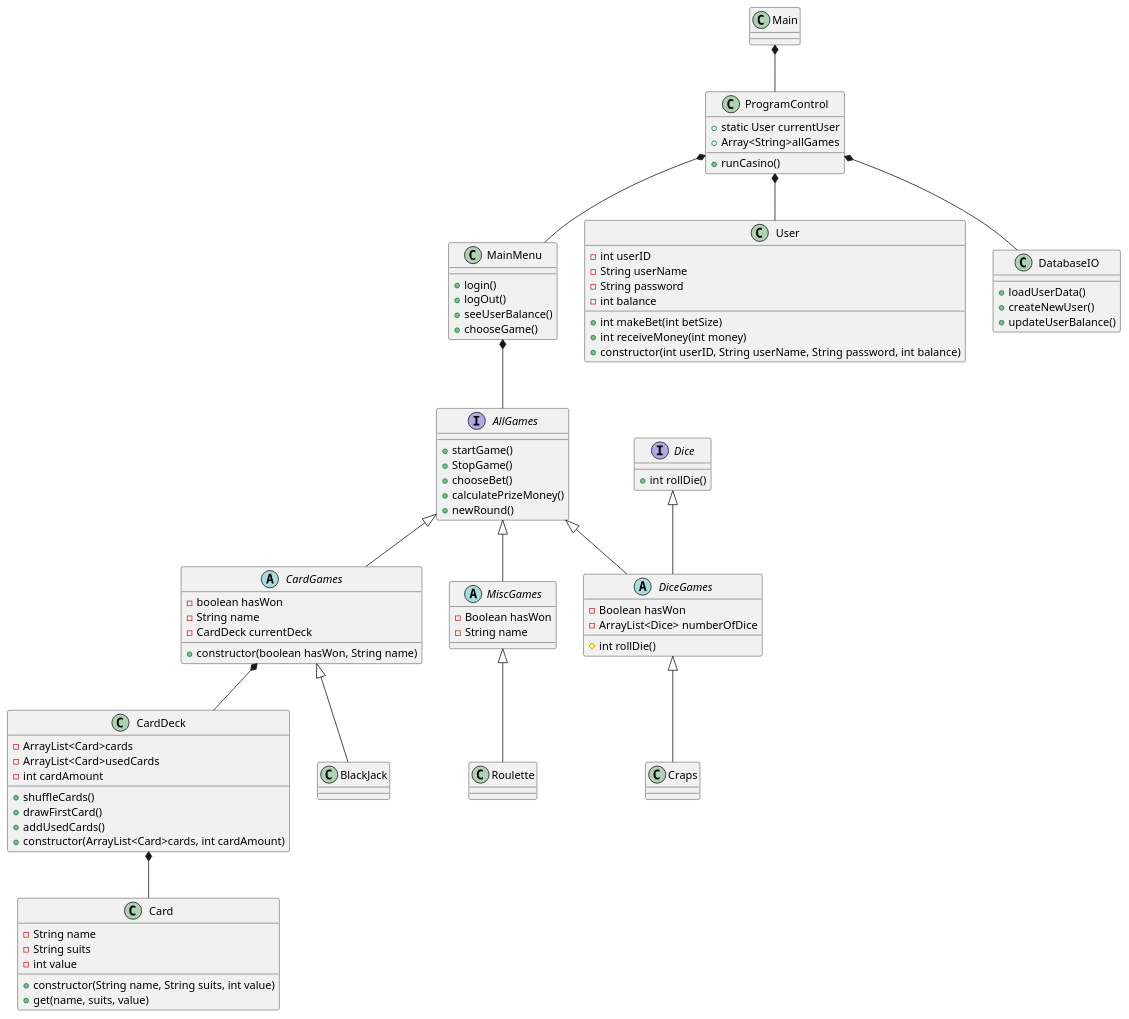
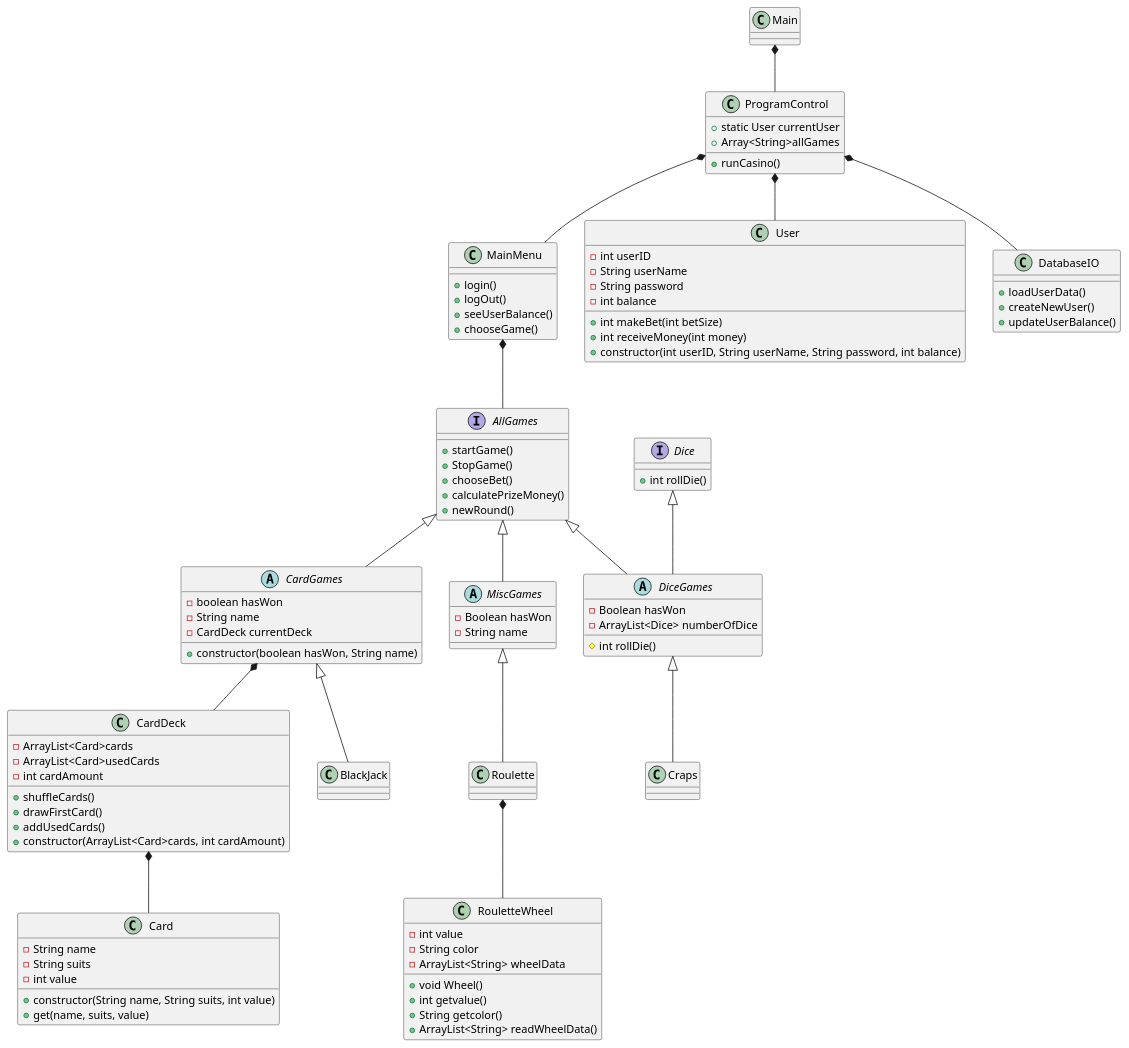
One commit to MrJustMeDahl/ICE-casino changed the diagram in Design UML/ClassDiagram.puml. Above: the diagram before and after it, drawn with PlantUML. The commit also changed 12 other files, not shown here.

Commit message:
Made a RouletteWheel class, a Textbox class and a Roulette class

```diff
--- a/Design UML/ClassDiagram.puml
+++ b/Design UML/ClassDiagram.puml
@@ -1,134 +1,146 @@
 @startuml
 
 Main *-- ProgramControl
 ProgramControl *-- MainMenu
 ProgramControl *-- User
 ProgramControl *-- DatabaseIO
 MainMenu *-- AllGames
 AllGames <|-- CardGames
 CardGames *-- CardDeck
 CardDeck *-- Card
 AllGames <|-- DiceGames
 Dice <|-- DiceGames
 AllGames <|-- MiscGames
 DiceGames <|-- Craps
 MiscGames <|-- Roulette
 CardGames <|-- BlackJack
+Roulette *-- RouletteWheel
 
 class Main
 class User{
 
 - int userID
 - String userName
 - String password
 - int balance
 
 + int makeBet(int betSize)
 + int receiveMoney(int money)
 + constructor(int userID, String userName, String password, int balance)
 
 }
 class MainMenu{
 
 + login()
 + logOut()
 + seeUserBalance()
 + chooseGame()
 
 }
 class ProgramControl{
 
 + static User currentUser
 + Array<String>allGames
 + runCasino()
 
 
 
 }
 
 interface AllGames{
 
 + startGame()
 + StopGame()
 + chooseBet()
 + calculatePrizeMoney()
 + newRound()
 
 }
 
 Abstract class CardGames{
 
 - boolean hasWon
 - String name
 - CardDeck currentDeck
 + constructor(boolean hasWon, String name)
 
 }
 
 class CardDeck{
 
 - ArrayList<Card>cards
 - ArrayList<Card>usedCards
 - int cardAmount
 
 + shuffleCards()
 + drawFirstCard()
 + addUsedCards()
 + constructor(ArrayList<Card>cards, int cardAmount)
 
 }
 
 class Card{
 
 - String name
 - String suits
 - int value
 
 + constructor(String name, String suits, int value)
 + get(name, suits, value)
 
 }
 
 interface Dice{
 + int rollDie()
 
 }
 
 Abstract Class DiceGames{
 - Boolean hasWon
 - ArrayList<Dice> numberOfDice
 # int rollDie()
 
 }
 
 Class Craps{
 
 
 }
 
 Class Roulette{
 
 
 }
 
 Class BlackJack{
 
 
 }
 
 Abstract Class MiscGames{
 - Boolean hasWon
 - String name
 
 }
 
 class DatabaseIO{
 
 + loadUserData()
 + createNewUser()
 + updateUserBalance()
 
 }
 
+class RouletteWheel{
+- int value
+- String color
+- ArrayList<String> wheelData
++ void Wheel()
++ int getvalue()
++ String getcolor()
++ ArrayList<String> readWheelData()
+
+}
+
 
 @enduml
```
